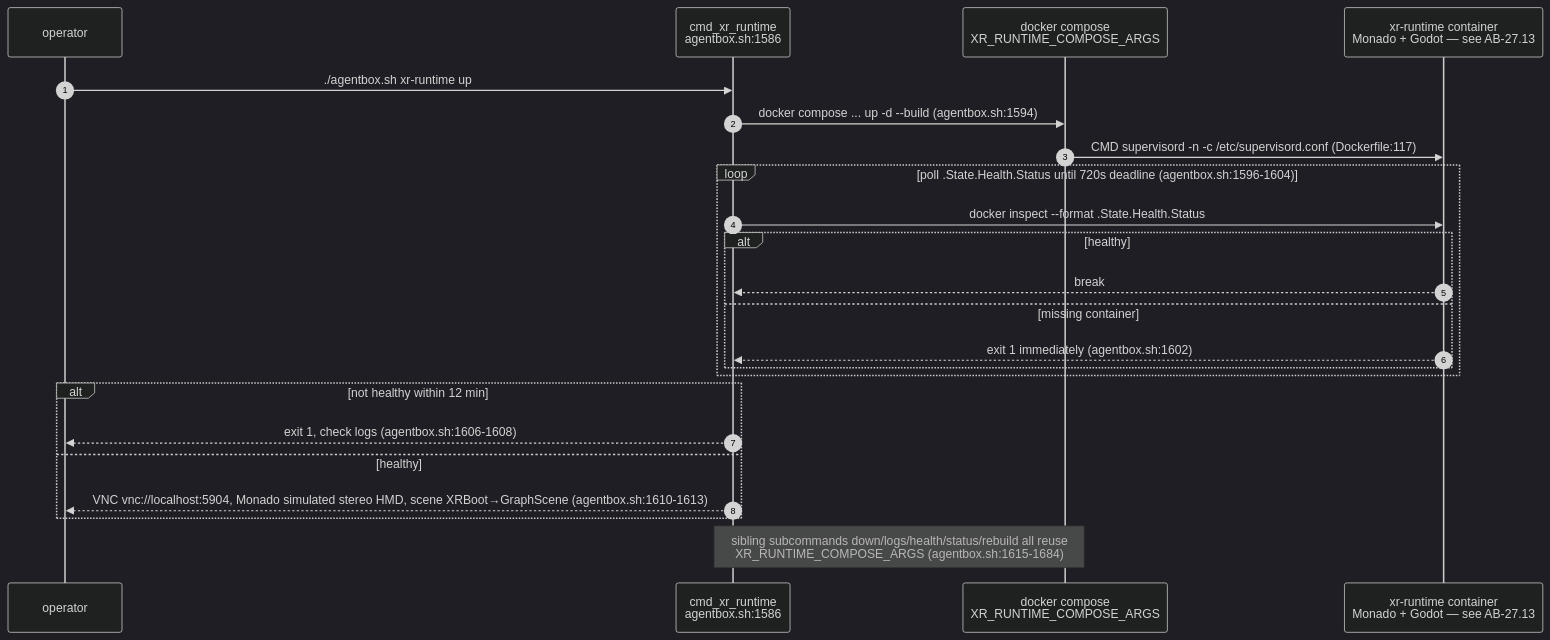
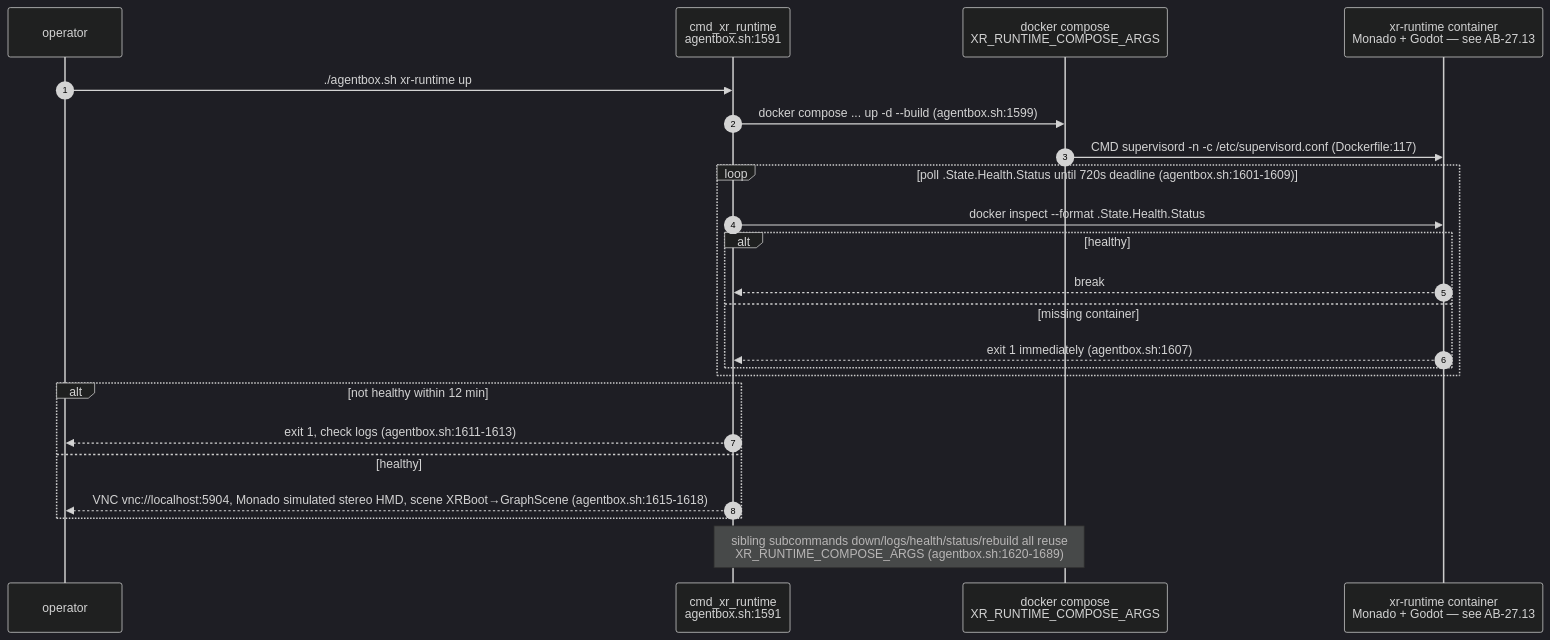
The ninth of 14 diagrams in docs/diagrams/agentbox/06-sidecars-and-compose-overlays.md (DreamLab-AI/VisionFlow), drawn with Mermaid (dark theme) before and after one commit. The commit also changed other lines of this file and 160 other files, not shown here.

````diff
--- a/docs/diagrams/agentbox/06-sidecars-and-compose-overlays.md
+++ b/docs/diagrams/agentbox/06-sidecars-and-compose-overlays.md
@@ -266,26 +275,26 @@
 ```mermaid
 sequenceDiagram
     autonumber
     participant OP as operator
-    participant SH as cmd_xr_runtime<br/>agentbox.sh:1586
+    participant SH as cmd_xr_runtime<br/>agentbox.sh:1591
     participant DC as docker compose<br/>XR_RUNTIME_COMPOSE_ARGS
     participant XR as xr-runtime container<br/>Monado + Godot — see AB-27.13
 
     OP->>SH: ./agentbox.sh xr-runtime up
-    SH->>DC: docker compose ... up -d --build (agentbox.sh:1594)
+    SH->>DC: docker compose ... up -d --build (agentbox.sh:1599)
     DC->>XR: CMD supervisord -n -c /etc/supervisord.conf (Dockerfile:117)
-    loop poll .State.Health.Status until 720s deadline (agentbox.sh:1596-1604)
+    loop poll .State.Health.Status until 720s deadline (agentbox.sh:1601-1609)
         SH->>XR: docker inspect --format .State.Health.Status
         alt healthy
             XR-->>SH: break
         else missing container
-            XR-->>SH: exit 1 immediately (agentbox.sh:1602)
+            XR-->>SH: exit 1 immediately (agentbox.sh:1607)
         end
     end
     alt not healthy within 12 min
-        SH-->>OP: exit 1, check logs (agentbox.sh:1606-1608)
+        SH-->>OP: exit 1, check logs (agentbox.sh:1611-1613)
     else healthy
-        SH-->>OP: VNC vnc://localhost:5904, Monado simulated stereo HMD, scene XRBoot→GraphScene (agentbox.sh:1610-1613)
+        SH-->>OP: VNC vnc://localhost:5904, Monado simulated stereo HMD, scene XRBoot→GraphScene (agentbox.sh:1615-1618)
     end
-    Note over SH,DC: sibling subcommands down/logs/health/status/rebuild all reuse<br/>XR_RUNTIME_COMPOSE_ARGS (agentbox.sh:1615-1684)
+    Note over SH,DC: sibling subcommands down/logs/health/status/rebuild all reuse<br/>XR_RUNTIME_COMPOSE_ARGS (agentbox.sh:1620-1689)
 ```
````
